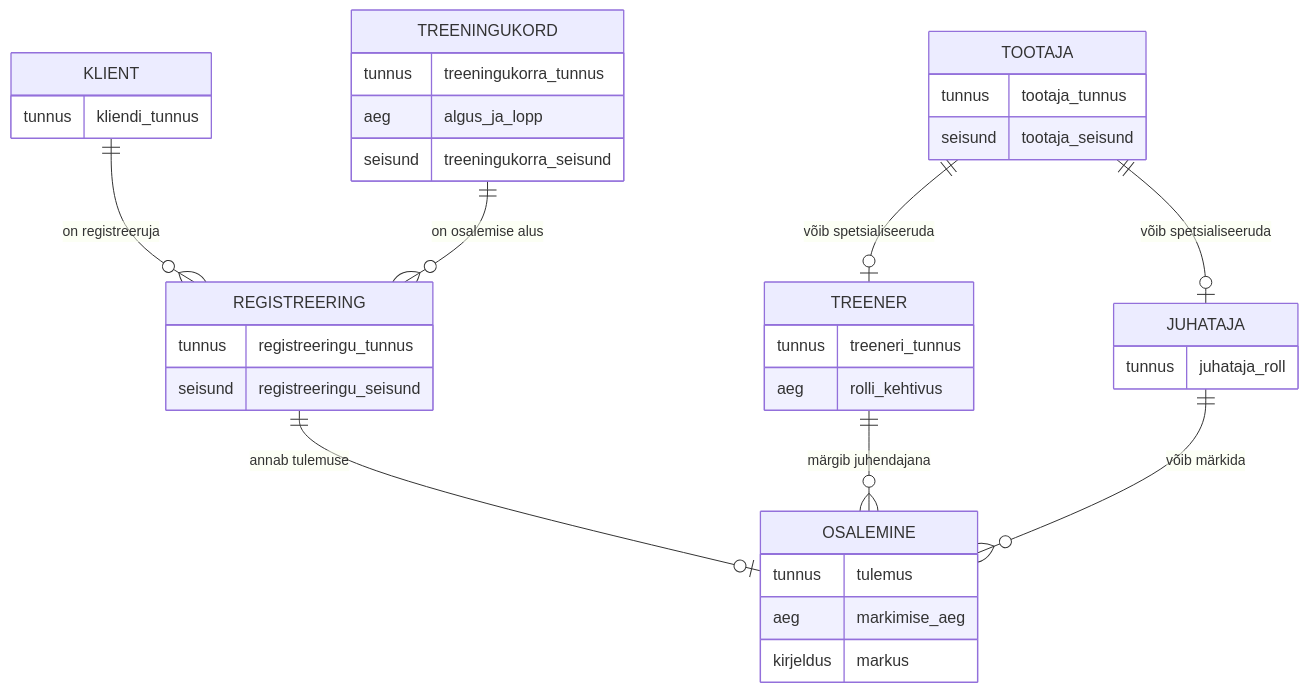
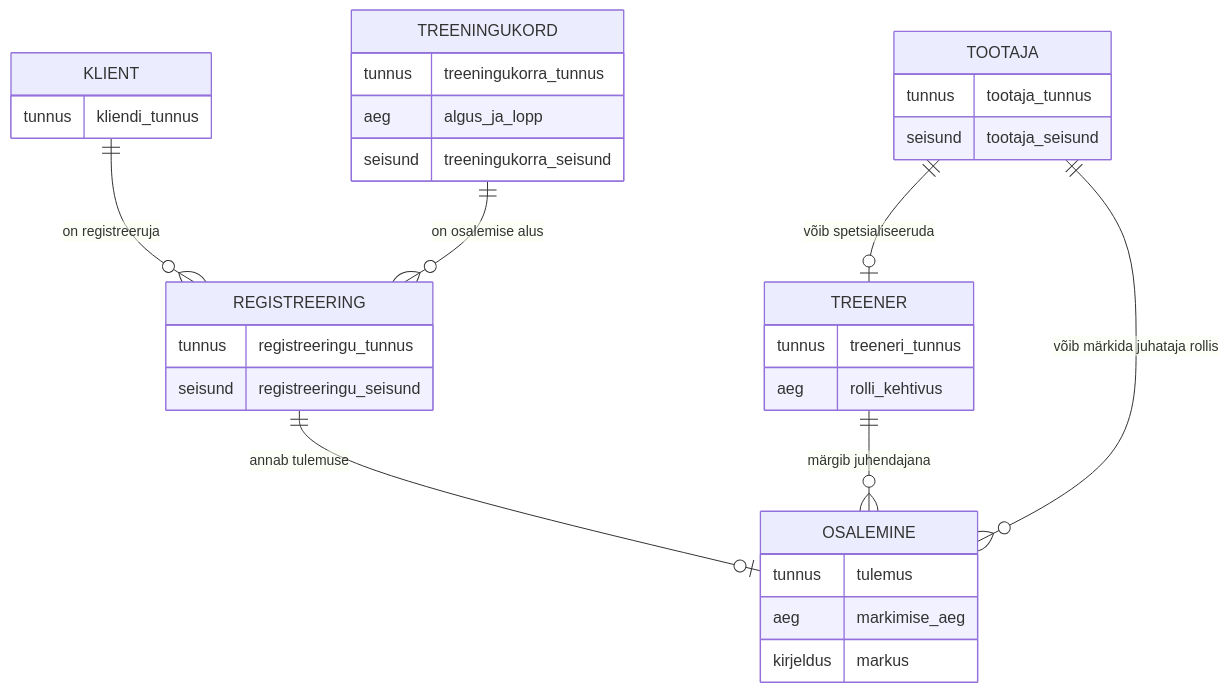
One commit to tamkivi/andmebaasid-projekt changed the diagram in diagrams/14_attendance_register.mmd. Above: the diagram before and after it, drawn with Mermaid. The commit also changed 19 other files, not shown here.

```diff
--- a/diagrams/14_attendance_register.mmd
+++ b/diagrams/14_attendance_register.mmd
@@ -1,37 +1,33 @@
 erDiagram
     REGISTREERING ||--o| OSALEMINE : "annab tulemuse"
     TOOTAJA ||--o| TREENER : "võib spetsialiseeruda"
-    TOOTAJA ||--o| JUHATAJA : "võib spetsialiseeruda"
     TREENER ||--o{ OSALEMINE : "märgib juhendajana"
-    JUHATAJA ||--o{ OSALEMINE : "võib märkida"
+    TOOTAJA ||--o{ OSALEMINE : "võib märkida juhataja rollis"
     KLIENT ||--o{ REGISTREERING : "on registreeruja"
     TREENINGUKORD ||--o{ REGISTREERING : "on osalemise alus"
 
     OSALEMINE {
         tunnus tulemus
         aeg markimise_aeg
         kirjeldus markus
     }
     REGISTREERING {
         tunnus registreeringu_tunnus
         seisund registreeringu_seisund
     }
     TOOTAJA {
         tunnus tootaja_tunnus
         seisund tootaja_seisund
     }
     TREENER {
         tunnus treeneri_tunnus
         aeg rolli_kehtivus
     }
-    JUHATAJA {
-        tunnus juhataja_roll
-    }
     KLIENT {
         tunnus kliendi_tunnus
     }
     TREENINGUKORD {
         tunnus treeningukorra_tunnus
         aeg algus_ja_lopp
         seisund treeningukorra_seisund
     }
```
